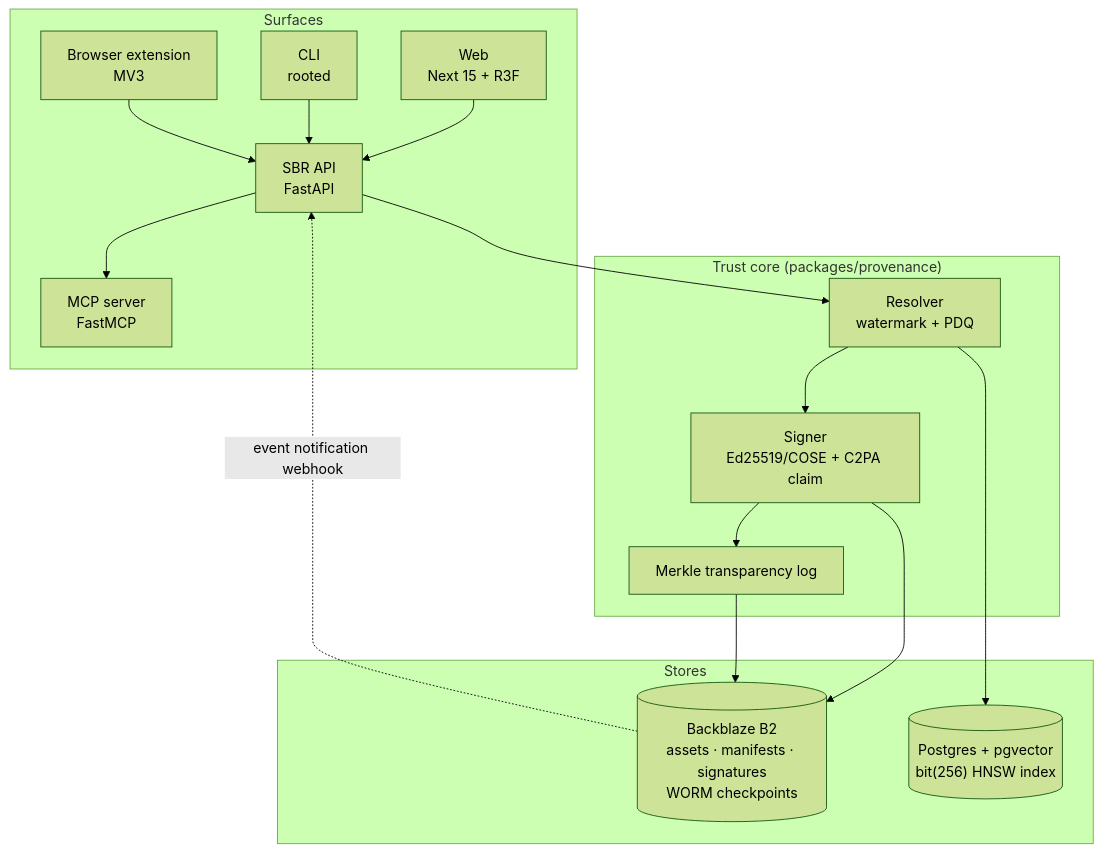
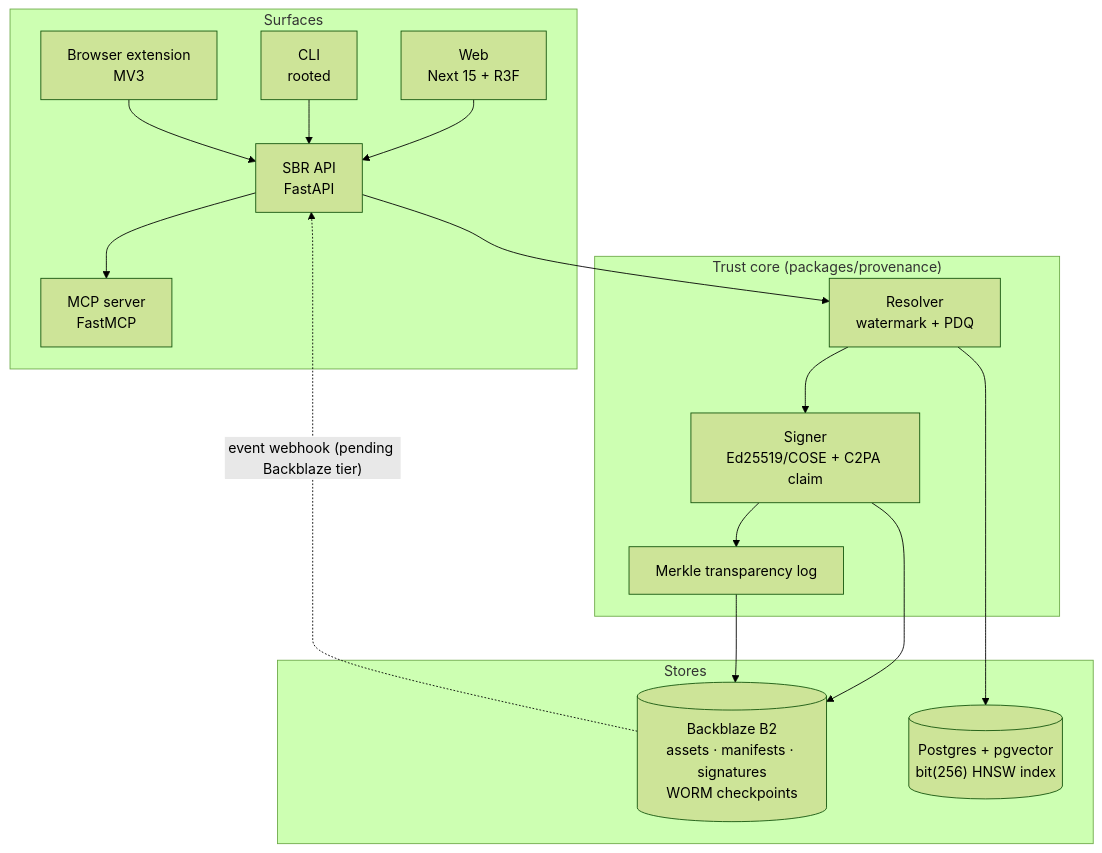
Before and after one commit to StephenSook/rooted: the second of 2 diagrams in README.md, drawn with Mermaid (forest theme).

Commit message:
docs(readme): mark the B2 event-webhook edge as pending in the architecture diagram
The dashed event-notification edge had no inline pending marker, so a judge
skimming only the diagram could read the event path as already firing. It is
wired and tested but gated on Backblaze's enterprise Event Notifications tier.

````diff
--- a/README.md
+++ b/README.md
@@ -85,28 +85,28 @@
 ```mermaid
 flowchart TB
     subgraph Surfaces
         WEB["Web<br/>Next 15 + R3F"]
         API["SBR API<br/>FastAPI"]
         MCP["MCP server<br/>FastMCP"]
         CLI["CLI<br/>rooted"]
         EXT["Browser extension<br/>MV3"]
     end
     subgraph Core["Trust core (packages/provenance)"]
         RES["Resolver<br/>watermark + PDQ"]
         SIGN["Signer<br/>Ed25519/COSE + C2PA claim"]
         LOG["Merkle transparency log"]
     end
     subgraph Stores
         B2[("Backblaze B2<br/>assets · manifests · signatures<br/>WORM checkpoints")]
         PG[("Postgres + pgvector<br/>bit(256) HNSW index")]
     end
     WEB --> API
     CLI --> API
     EXT --> API
     API --> MCP
     API --> RES --> SIGN --> LOG
     RES --> PG
     SIGN --> B2
     LOG --> B2
-    B2 -. "event notification webhook" .-> API
+    B2 -. "event webhook (pending Backblaze tier)" .-> API
 ```
````
